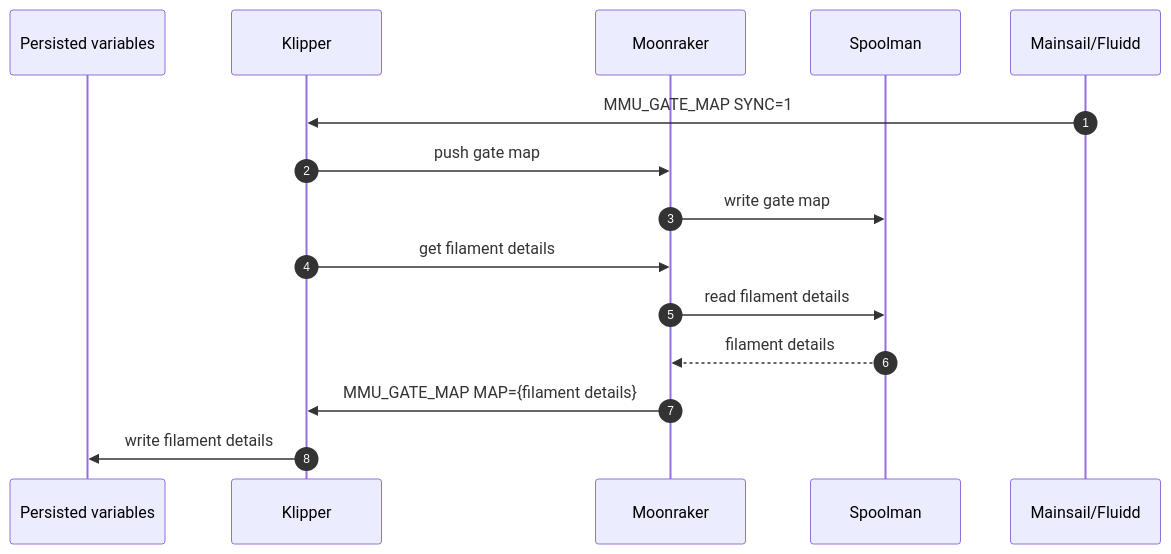
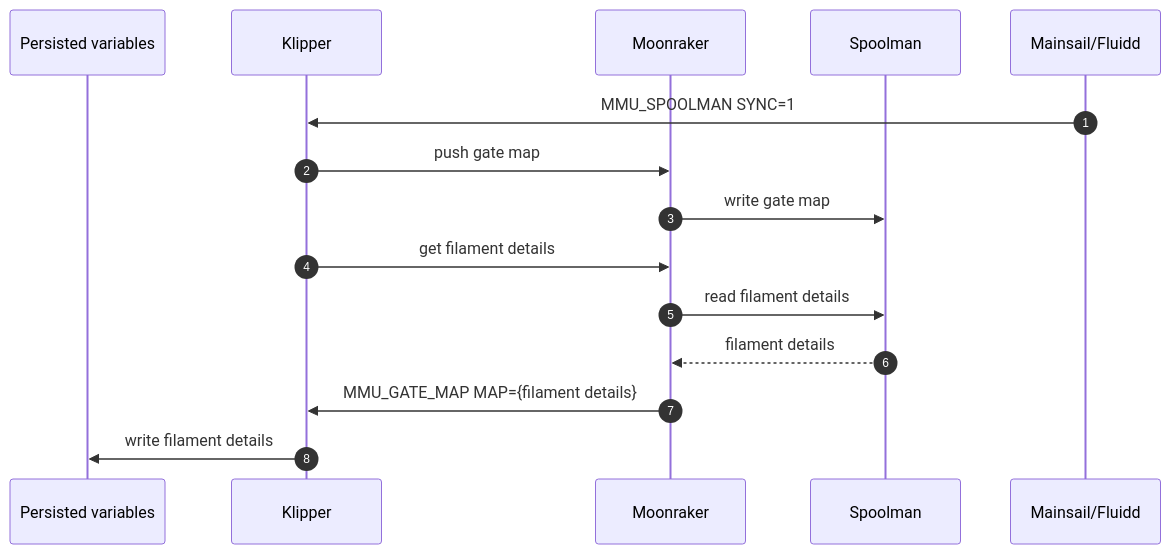
The third of 6 diagrams in Spoolman-Support.md (3DCoded/Happy-Hare), drawn with Mermaid before and after one commit. The commit also changed other lines of this file, not shown here.

Commit message:
sequence diagram updates

````diff
--- a/Spoolman-Support.md
+++ b/Spoolman-Support.md
@@ -110,19 +124,19 @@
 ```mermaid
 sequenceDiagram
     autonumber
     participant L as Persisted variables
     participant K as Klipper
     participant M as Moonraker
     participant S as Spoolman
     participant MF as Mainsail/Fluidd
 
-    MF->>K: MMU_GATE_MAP SYNC=1
+    MF->>K: MMU_SPOOLMAN SYNC=1
     K->>M: push gate map
     M->>S: write gate map
 
     K->>M: get filament details
     M->>S: read filament details
     S-->>M: filament details
     M->>K: MMU_GATE_MAP MAP={filament details}
     K->>L: write filament details
 ```
````
